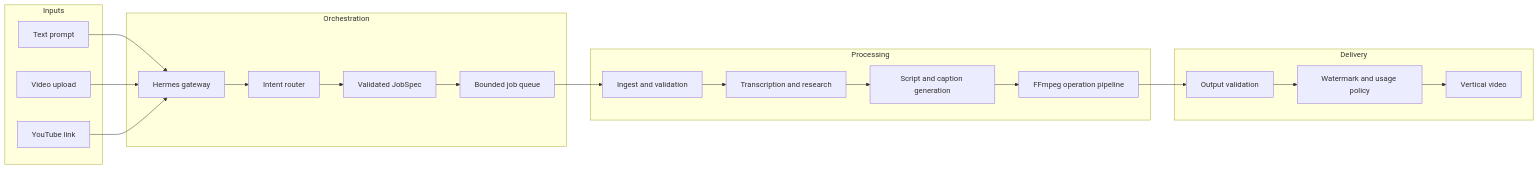
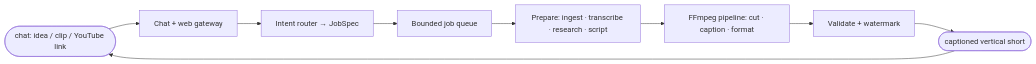
One commit to Pulkit7070/lazyclip changed the diagram in README.md. Above: the diagram before and after it, drawn with Mermaid. The commit also changed other lines of this file and 7 other files, not shown here.

````diff
--- a/README.md
+++ b/README.md
@@ -12,35 +57,11 @@
 ```mermaid
 flowchart LR
-    subgraph Inputs
-        A[Text prompt]
-        B[Video upload]
-        C[YouTube link]
-    end
-
-    subgraph Orchestration
-        D[Hermes gateway]
-        E[Intent router]
-        F[Validated JobSpec]
-        G[Bounded job queue]
-    end
-
-    subgraph Processing
-        H[Ingest and validation]
-        I[Transcription and research]
-        J[Script and caption generation]
-        K[FFmpeg operation pipeline]
-    end
-
-    subgraph Delivery
-        L[Output validation]
-        M[Watermark and usage policy]
-        N[Vertical video]
-    end
-
-    A --> D
-    B --> D
-    C --> D
-    D --> E --> F --> G
-    G --> H --> I --> J --> K
-    K --> L --> M --> N
+    U([chat: idea / clip / YouTube link]) --> G[Chat + web gateway]
+    G --> R[Intent router → JobSpec]
+    R --> Q[Bounded job queue]
+    Q --> P[Prepare: ingest · transcribe · research · script]
+    P --> F[FFmpeg pipeline: cut · caption · format]
+    F --> V[Validate + watermark]
+    V --> O([captioned vertical short])
+    O --> U
 ```
````
